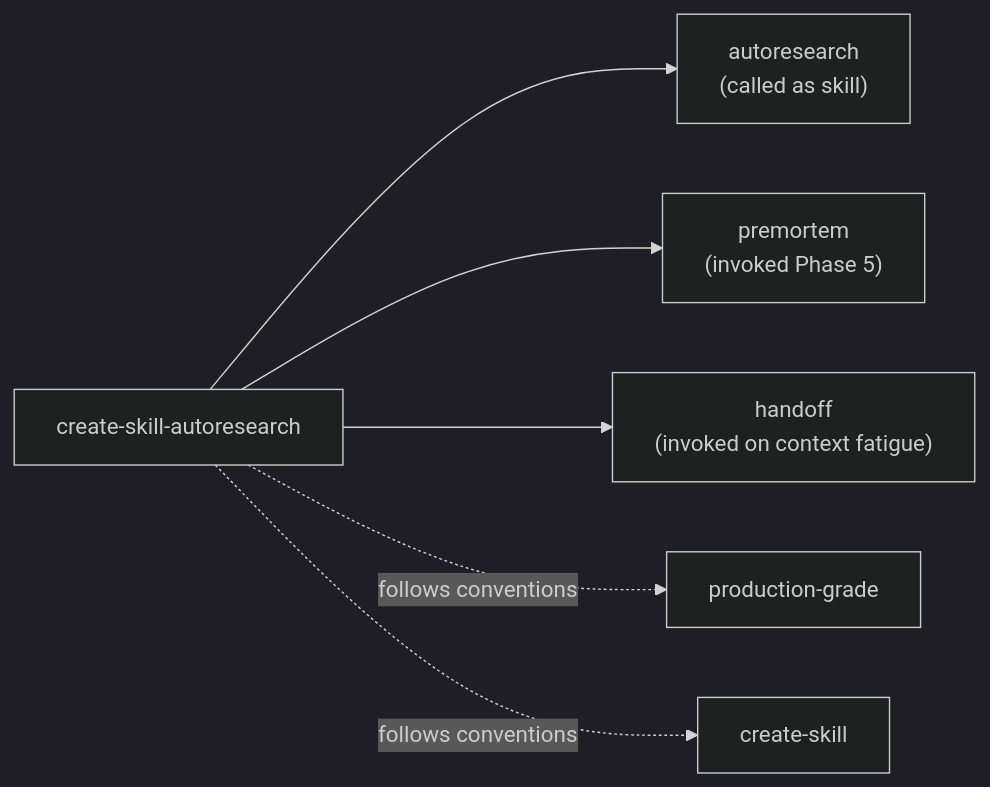
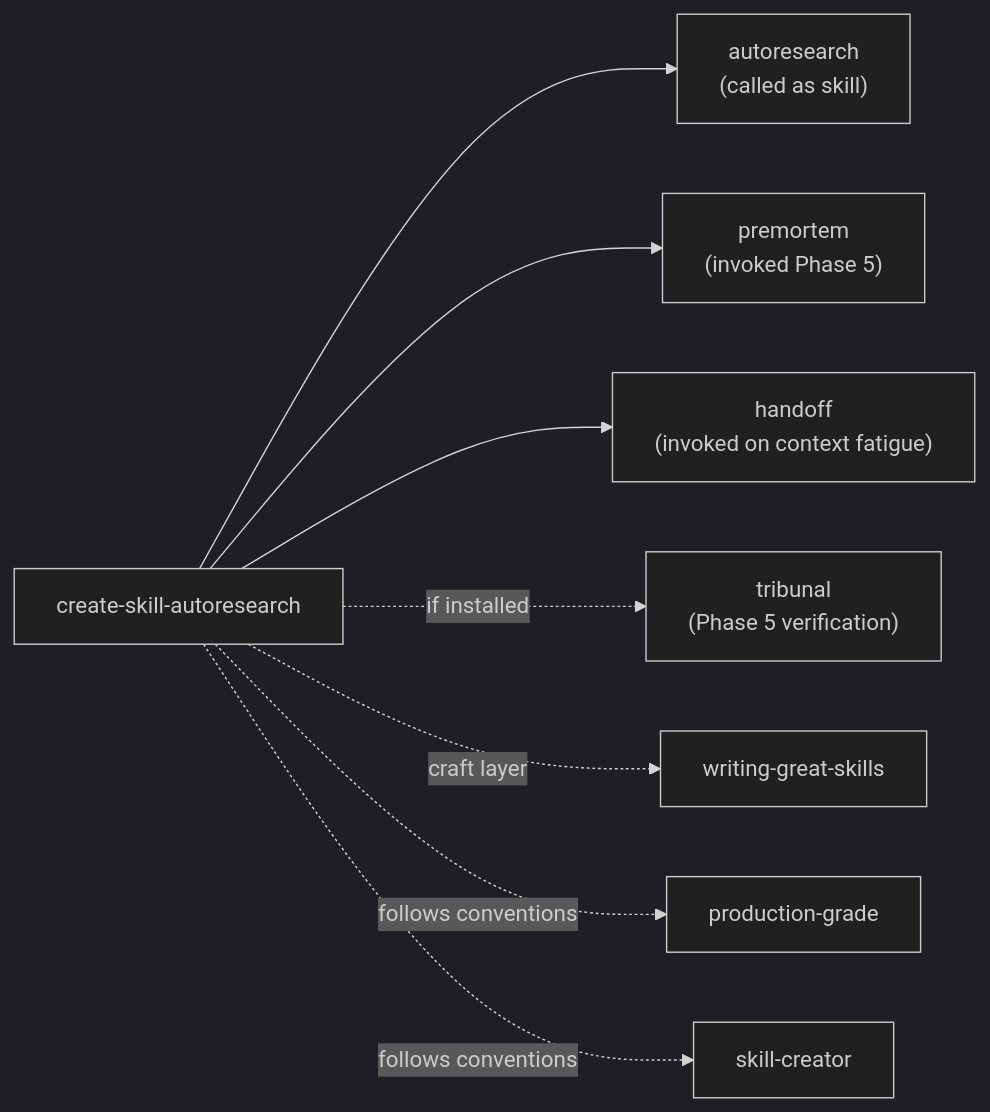
One commit to a-tokyo/agent-skills-harness changed the fifth of 5 diagrams in docs/architecture.md. Above: the diagram before and after it, drawn with Mermaid (dark theme). The commit also changed other lines of this file and 43 other files, not shown here.

````diff
--- a/docs/architecture.md
+++ b/docs/architecture.md
@@ -137,8 +157,10 @@
 ```mermaid
 flowchart LR
   CSA["create-skill-autoresearch"] --> AR2["autoresearch<br/>(called as skill)"]
   CSA --> PM["premortem<br/>(invoked Phase 5)"]
   CSA --> HO["handoff<br/>(invoked on context fatigue)"]
+  CSA -.->|"if installed"| TR["tribunal<br/>(Phase 5 verification)"]
+  CSA -.->|"craft layer"| WGS["writing-great-skills"]
   CSA -.->|"follows conventions"| PG["production-grade"]
-  CSA -.->|"follows conventions"| CS["create-skill"]
+  CSA -.->|"follows conventions"| SC["skill-creator"]
 ```
````
